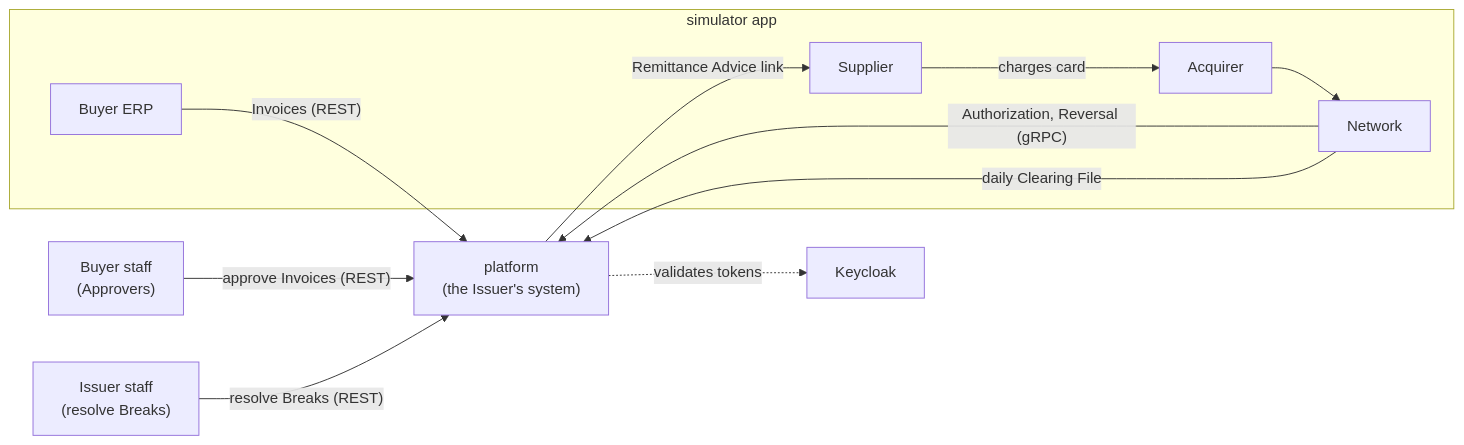
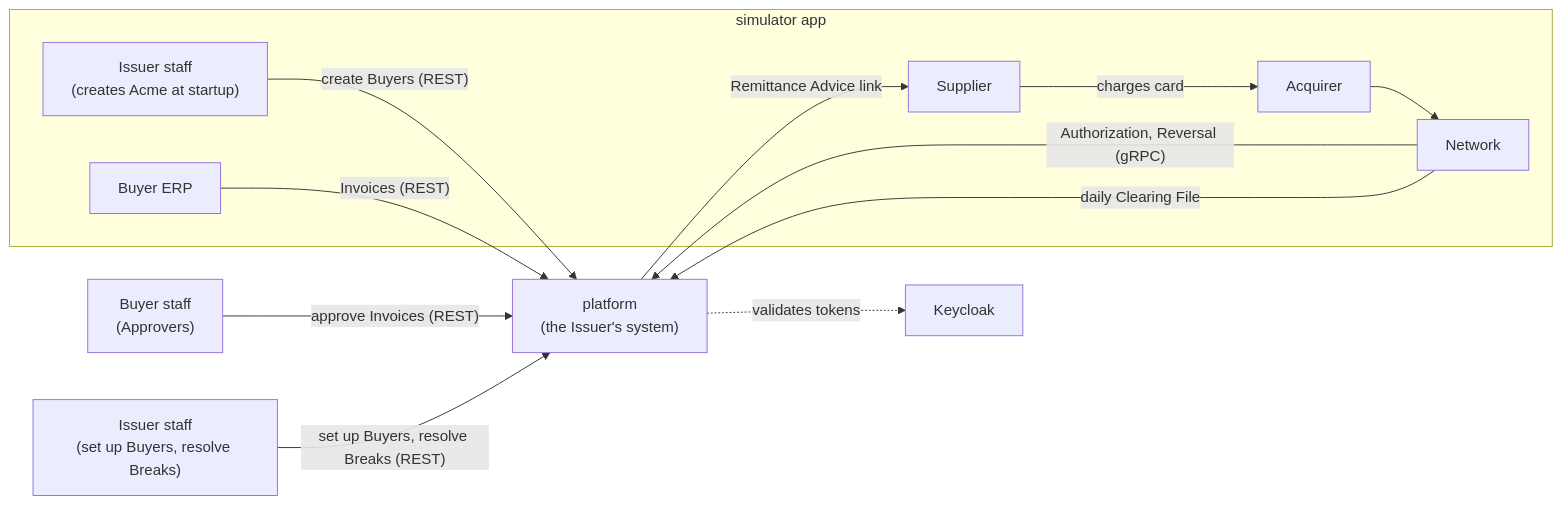
One commit to rgonzal92/b2b-payments-platform changed the first of 2 diagrams in docs/architecture.md. Above: the diagram before and after it, drawn with Mermaid. The commit also changed other lines of this file and 16 other files, not shown here.

````diff
--- a/docs/architecture.md
+++ b/docs/architecture.md
@@ -9,23 +9,25 @@
 ```mermaid
 flowchart LR
   buyerStaff["Buyer staff<br/>(Approvers)"]
-  issuerStaff["Issuer staff<br/>(resolve Breaks)"]
+  issuerStaff["Issuer staff<br/>(set up Buyers, resolve Breaks)"]
   subgraph sim["simulator app"]
+    simIssuer["Issuer staff<br/>(creates Acme at startup)"]
     erp["Buyer ERP"]
     supplier["Supplier"]
     acquirer["Acquirer"]
     network["Network"]
   end
   platform["platform<br/>(the Issuer's system)"]
   keycloak["Keycloak"]
 
+  simIssuer -- "create Buyers (REST)" --> platform
   erp -- "Invoices (REST)" --> platform
   buyerStaff -- "approve Invoices (REST)" --> platform
-  issuerStaff -- "resolve Breaks (REST)" --> platform
+  issuerStaff -- "set up Buyers, resolve Breaks (REST)" --> platform
   platform -- "Remittance Advice link" --> supplier
   supplier -- "charges card" --> acquirer
   acquirer --> network
   network -- "Authorization, Reversal (gRPC)" --> platform
   network -- "daily Clearing File" --> platform
   platform -. "validates tokens" .-> keycloak
 ```
````
